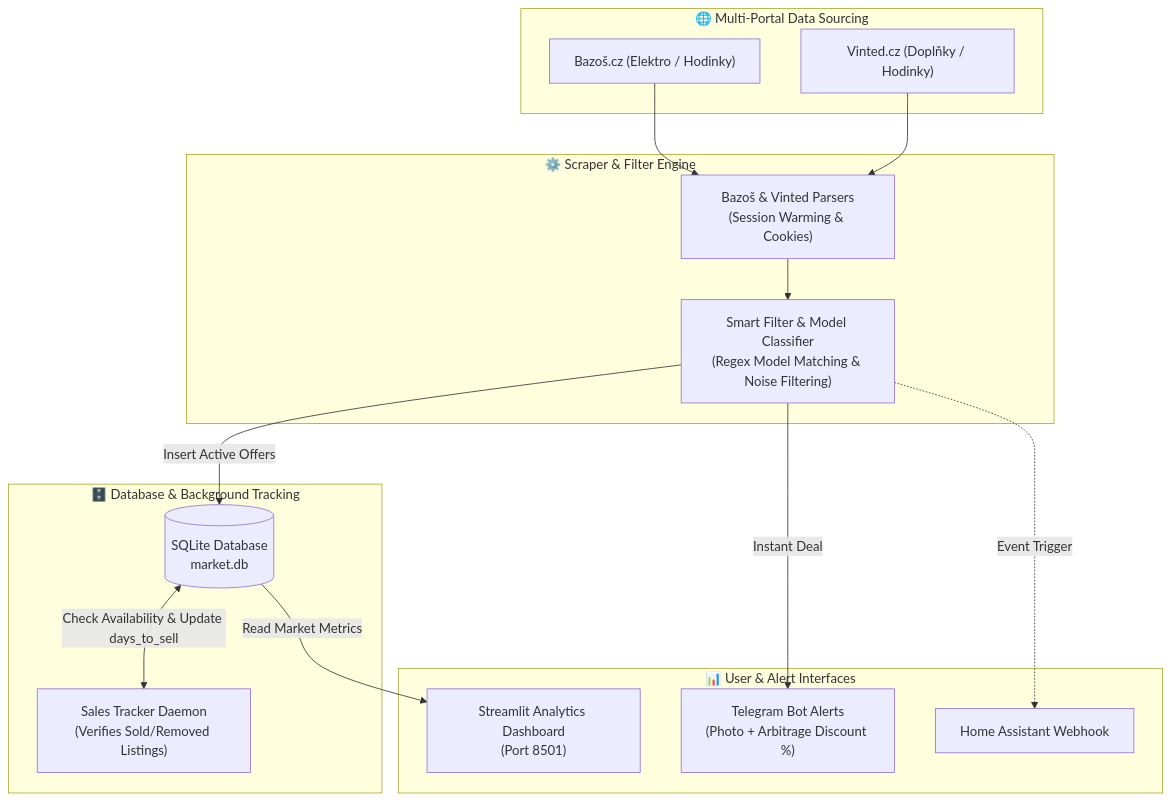
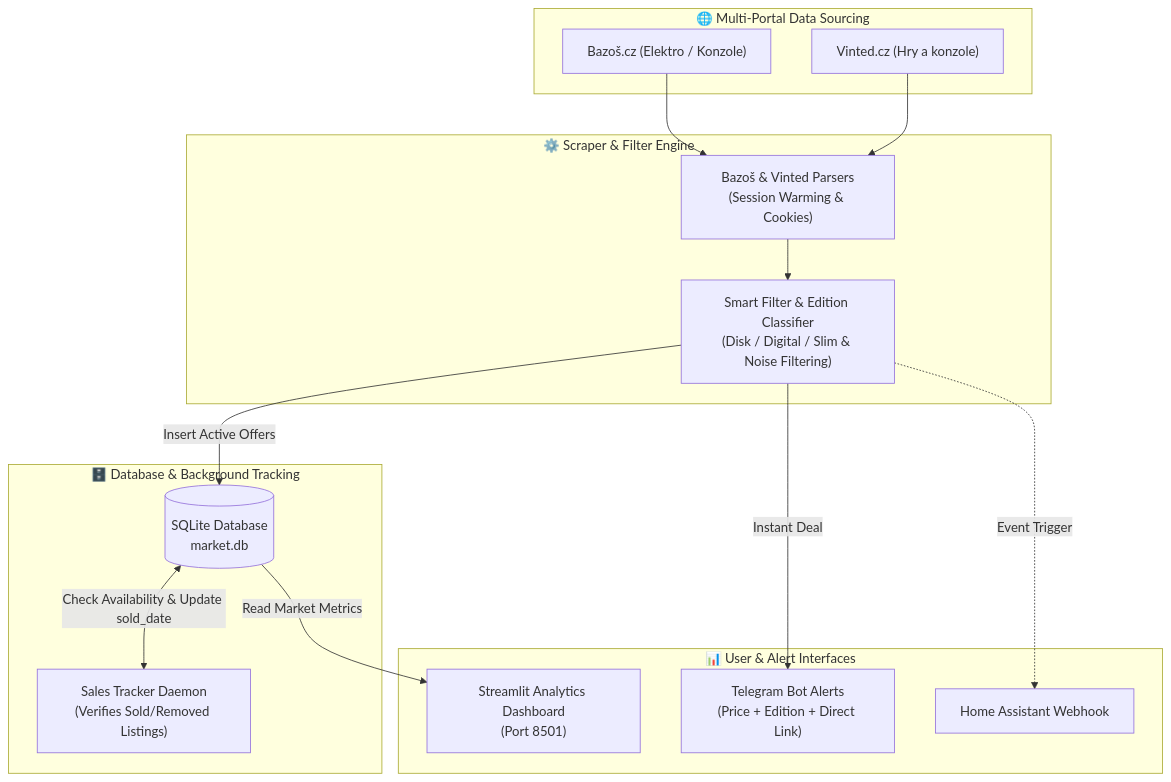
One commit to kubkic-code/ps5_telegram_scraper changed the diagram in README.md. Above: the diagram before and after it, drawn with Mermaid. The commit also changed other lines of this file and 26 other files, not shown here.

````diff
--- a/README.md
+++ b/README.md
@@ -33,32 +33,32 @@
 ```mermaid
 flowchart TD
     subgraph Sourcing ["🌐 Multi-Portal Data Sourcing"]
-        BZ["Bazoš.cz (Elektro / Hodinky)"]
-        VT["Vinted.cz (Doplňky / Hodinky)"]
+        BZ["Bazoš.cz (Elektro / Konzole)"]
+        VT["Vinted.cz (Hry a konzole)"]
     end
 
     subgraph ScraperService ["⚙️ Scraper & Filter Engine"]
         SP["Bazoš & Vinted Parsers<br/>(Session Warming & Cookies)"]
-        FP["Smart Filter & Model Classifier<br/>(Regex Model Matching & Noise Filtering)"]
+        FP["Smart Filter & Edition Classifier<br/>(Disk / Digital / Slim & Noise Filtering)"]
         BZ --> SP
         VT --> SP
         SP --> FP
     end
 
     subgraph DataStorage ["🗄️ Database & Background Tracking"]
         DB[("SQLite Database<br/>market.db")]
         ST["Sales Tracker Daemon<br/>(Verifies Sold/Removed Listings)"]
         FP -->|"Insert Active Offers"| DB
-        DB <-->|"Check Availability & Update days_to_sell"| ST
+        DB <-->|"Check Availability & Update sold_date"| ST
     end
 
     subgraph OutputChannels ["📊 User & Alert Interfaces"]
-        TG["Telegram Bot Alerts<br/>(Photo + Arbitrage Discount %)"]
+        TG["Telegram Bot Alerts<br/>(Price + Edition + Direct Link)"]
         HA["Home Assistant Webhook"]
         DASH["Streamlit Analytics Dashboard<br/>(Port 8501)"]
 
         FP -->|"Instant Deal"| TG
         FP -.->|"Event Trigger"| HA
         DB -->|"Read Market Metrics"| DASH
     end
 ```
````
